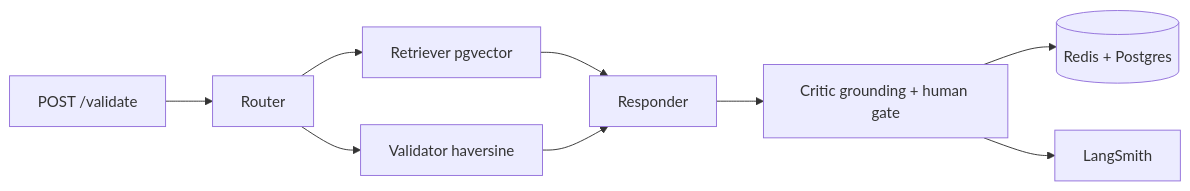
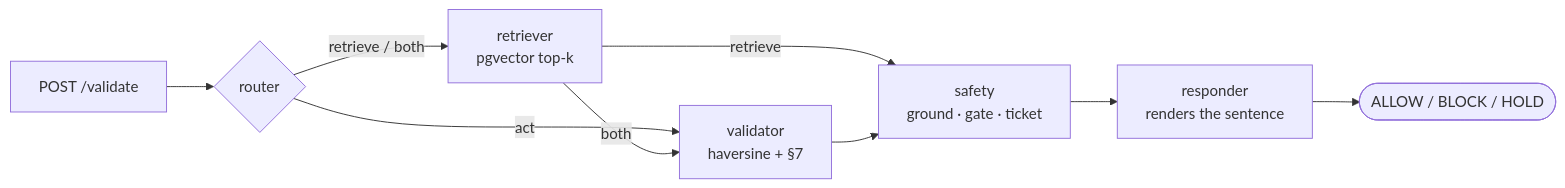
One commit to maczeo11/notam-guard changed the diagram in README.md. Above: the diagram before and after it, drawn with Mermaid. The commit also changed other lines of this file and 4 other files, not shown here.

````diff
--- a/README.md
+++ b/README.md
@@ -33,11 +46,11 @@
 ```mermaid
 flowchart LR
-  A[POST /validate] --> B[Router]
-  B --> C[Retriever pgvector]
-  B --> D[Validator haversine]
-  C --> E[Responder]
-  D --> E
-  E --> F[Critic grounding + human gate]
-  F --> G[(Redis + Postgres)]
-  F --> H[LangSmith]
+  A[POST /validate] --> R{router}
+  R -->|retrieve / both| RET[retriever<br/>pgvector top-k]
+  R -->|act| VAL[validator<br/>haversine + §7]
+  RET -->|both| VAL
+  RET -->|retrieve| SAF
+  VAL --> SAF[safety<br/>ground · gate · ticket]
+  SAF --> RES[responder<br/>renders the sentence]
+  RES --> END([ALLOW / BLOCK / HOLD])
 ```
````
